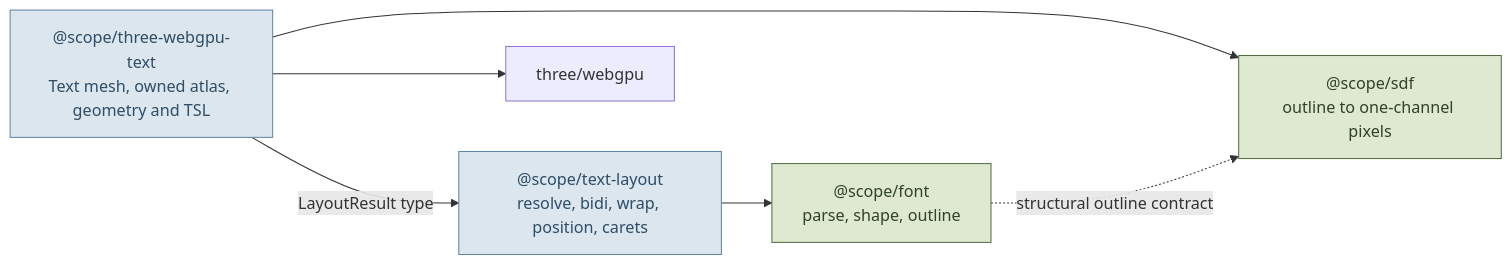
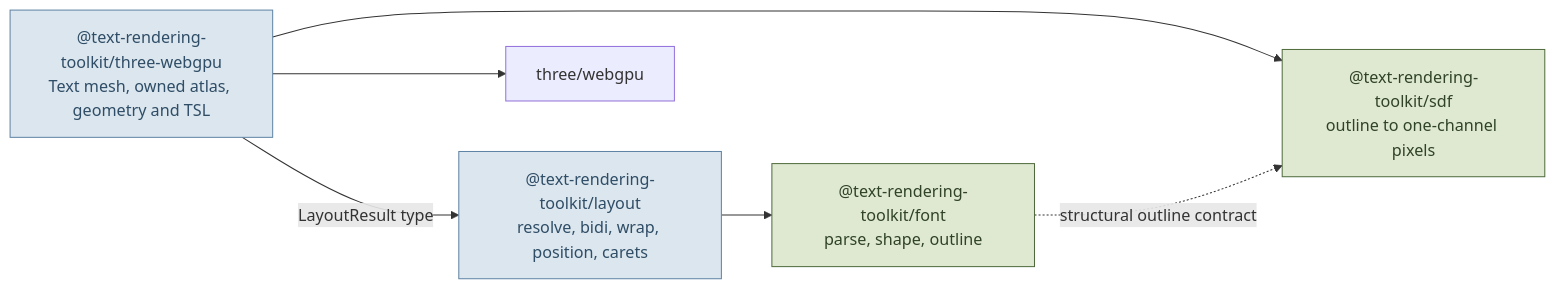
The second of 5 diagrams in ROADMAP.md (julia-script/text-rendering-toolkit), drawn with Mermaid before and after one commit. The commit also changed other lines of this file and 140 other files, not shown here.

Commit message:
chore: prepare text rendering toolkit release

````diff
--- a/ROADMAP.md
+++ b/ROADMAP.md
@@ -109,19 +109,19 @@
 ```mermaid
 flowchart LR
-    Font["@scope/font<br/>parse, shape, outline"]
-    Layout["@scope/text-layout<br/>resolve, bidi, wrap, position, carets"]
-    Sdf["@scope/sdf<br/>outline to one-channel pixels"]
-    Renderer["@scope/three-webgpu-text<br/>Text mesh, owned atlas, geometry and TSL"]
+    Font["@text-rendering-toolkit/font<br/>parse, shape, outline"]
+    Layout["@text-rendering-toolkit/layout<br/>resolve, bidi, wrap, position, carets"]
+    Sdf["@text-rendering-toolkit/sdf<br/>outline to one-channel pixels"]
+    Renderer["@text-rendering-toolkit/three-webgpu<br/>Text mesh, owned atlas, geometry and TSL"]
     Three["three/webgpu"]
 
     Layout --> Font
     Renderer -->|LayoutResult type| Layout
     Renderer --> Sdf
     Renderer --> Three
     Font -. "structural outline contract" .-> Sdf
 
     classDef independent fill:#dfe9d2,stroke:#4f6b3c,color:#304326
     classDef composed fill:#dbe6ee,stroke:#5f83a3,color:#2f4d66
     class Font,Sdf independent
     class Layout,Renderer composed
 ```
````
